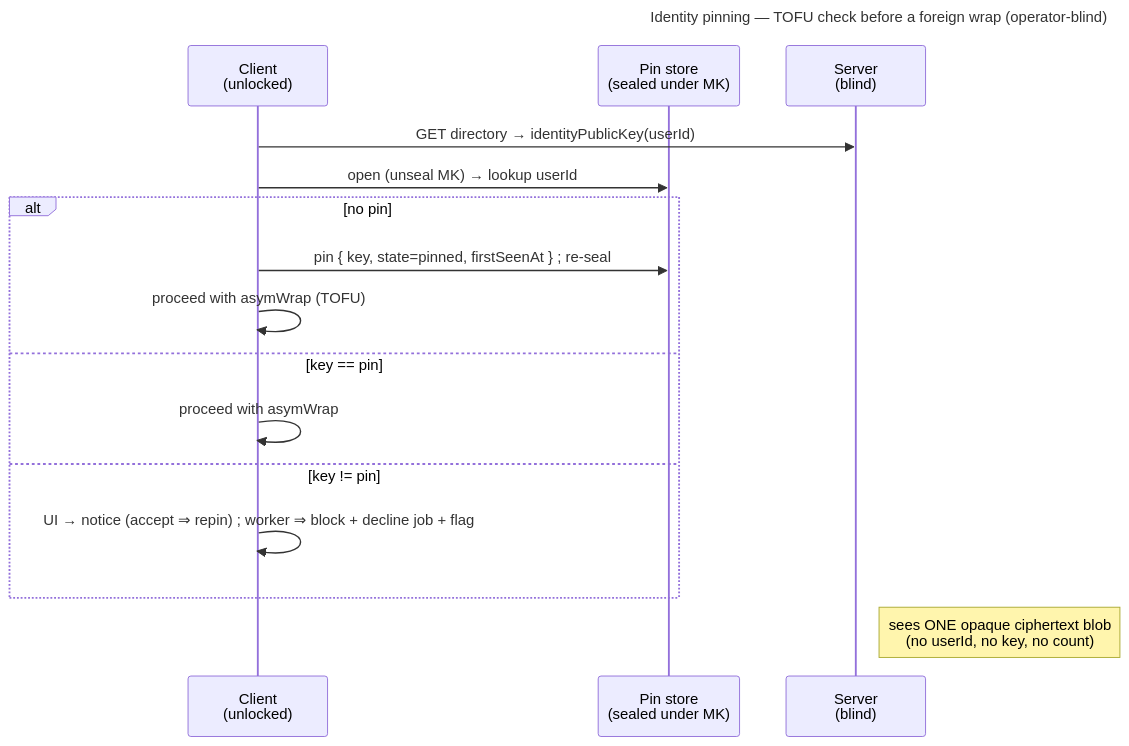
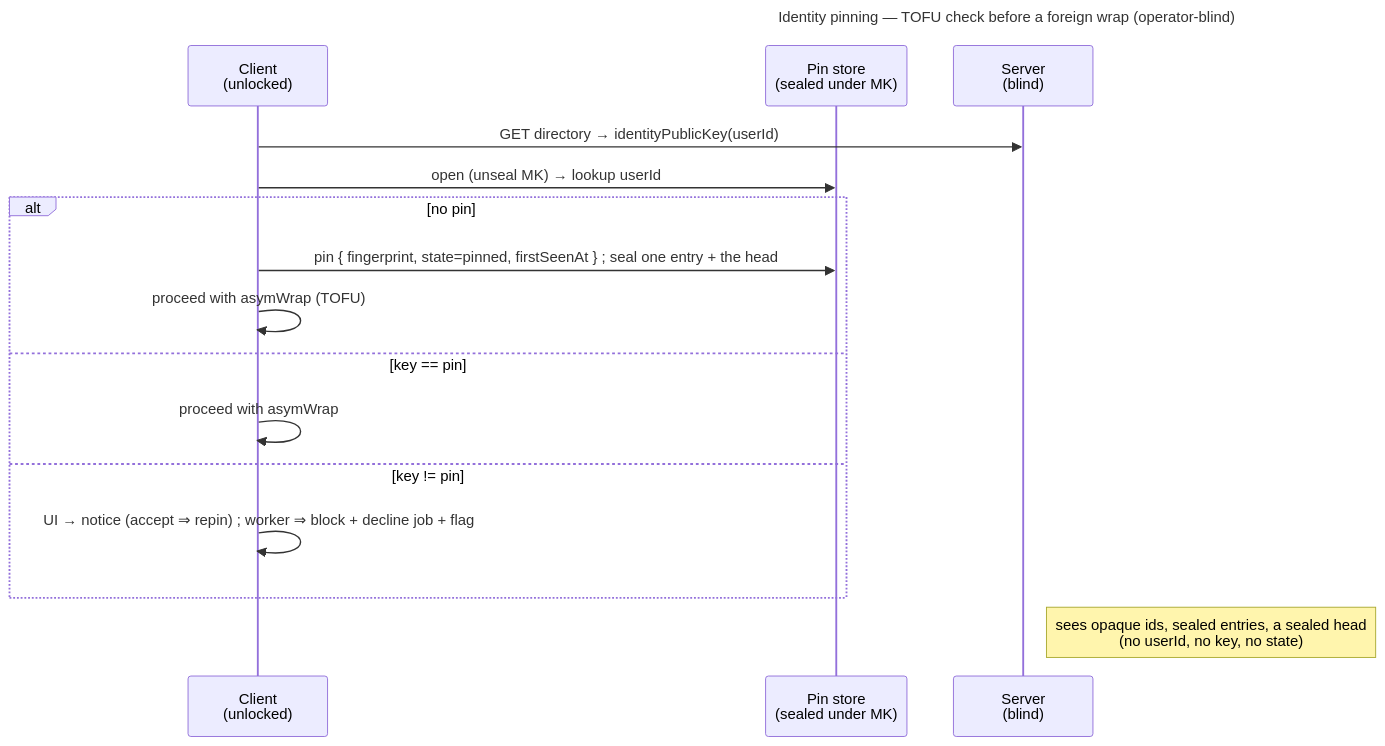
One commit to raddatzk/veyq changed the diagram in docs/features/account/enablers/en.account.identity-pinning.md. Above: the diagram before and after it, drawn with Mermaid. The commit also changed other lines of this file and 13 other files, not shown here.

````diff
--- a/docs/features/account/enablers/en.account.identity-pinning.md
+++ b/docs/features/account/enablers/en.account.identity-pinning.md
@@ -72,20 +81,20 @@
 ```mermaid
 ---
 title: Identity pinning — TOFU check before a foreign wrap (operator-blind)
 ---
 sequenceDiagram
   participant C as Client<br>(unlocked)
   participant P as Pin store<br>(sealed under MK)
   participant S as Server<br>(blind)
   C->>S: GET directory → identityPublicKey(userId)
   C->>P: open (unseal MK) → lookup userId
   alt no pin
-  C->>P: pin { key, state=pinned, firstSeenAt } #59; re-seal
+  C->>P: pin { fingerprint, state=pinned, firstSeenAt } #59; seal one entry + the head
   C->>C: proceed with asymWrap (TOFU)
   else key == pin
   C->>C: proceed with asymWrap
   else key != pin
   C->>C: UI → notice (accept ⇒ repin) #59; worker ⇒ block + decline job + flag
   end
-  Note right of S: sees ONE opaque ciphertext blob<br>(no userId, no key, no count)
+  Note right of S: sees opaque ids, sealed entries, a sealed head<br>(no userId, no key, no state)
 ```
````
